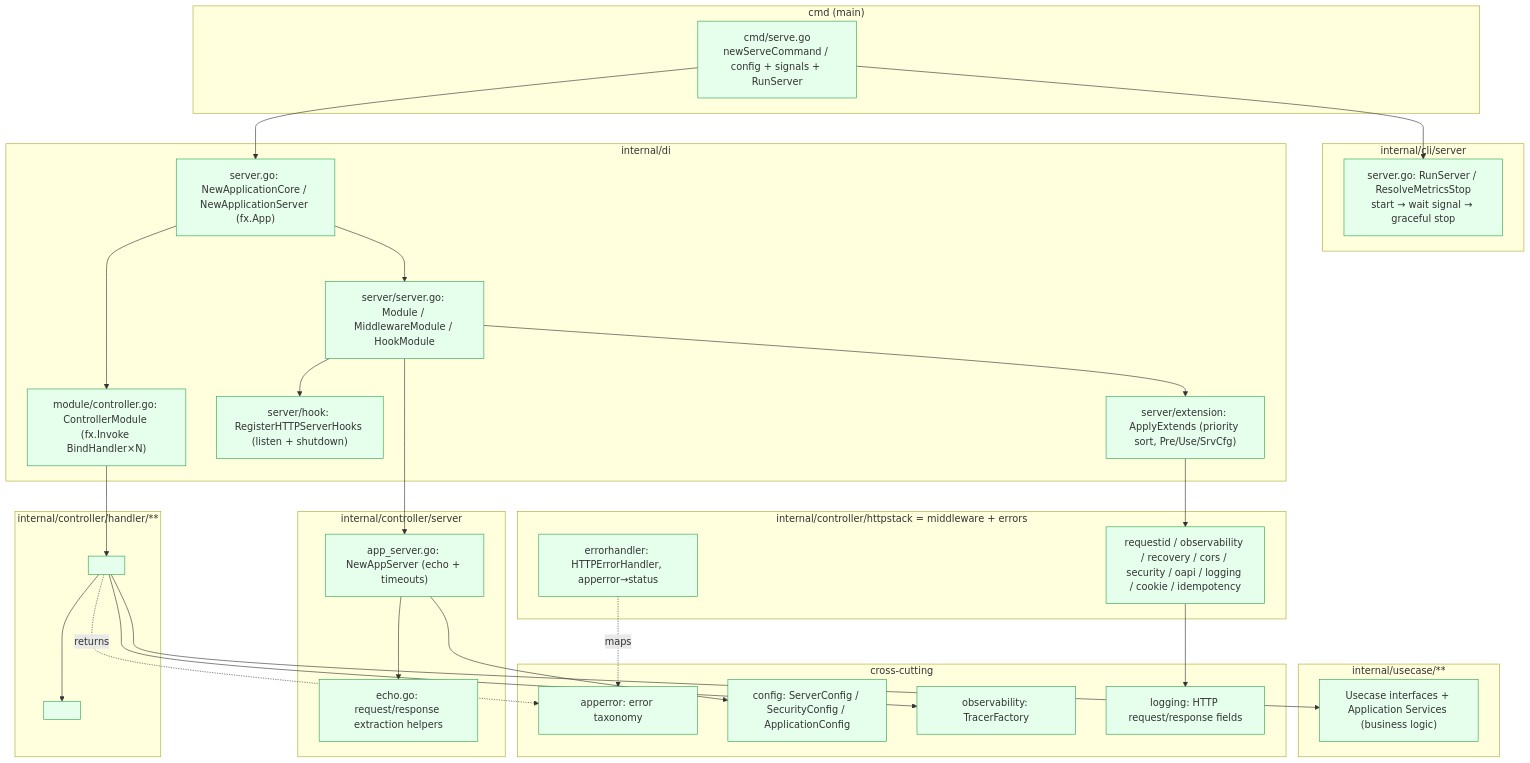
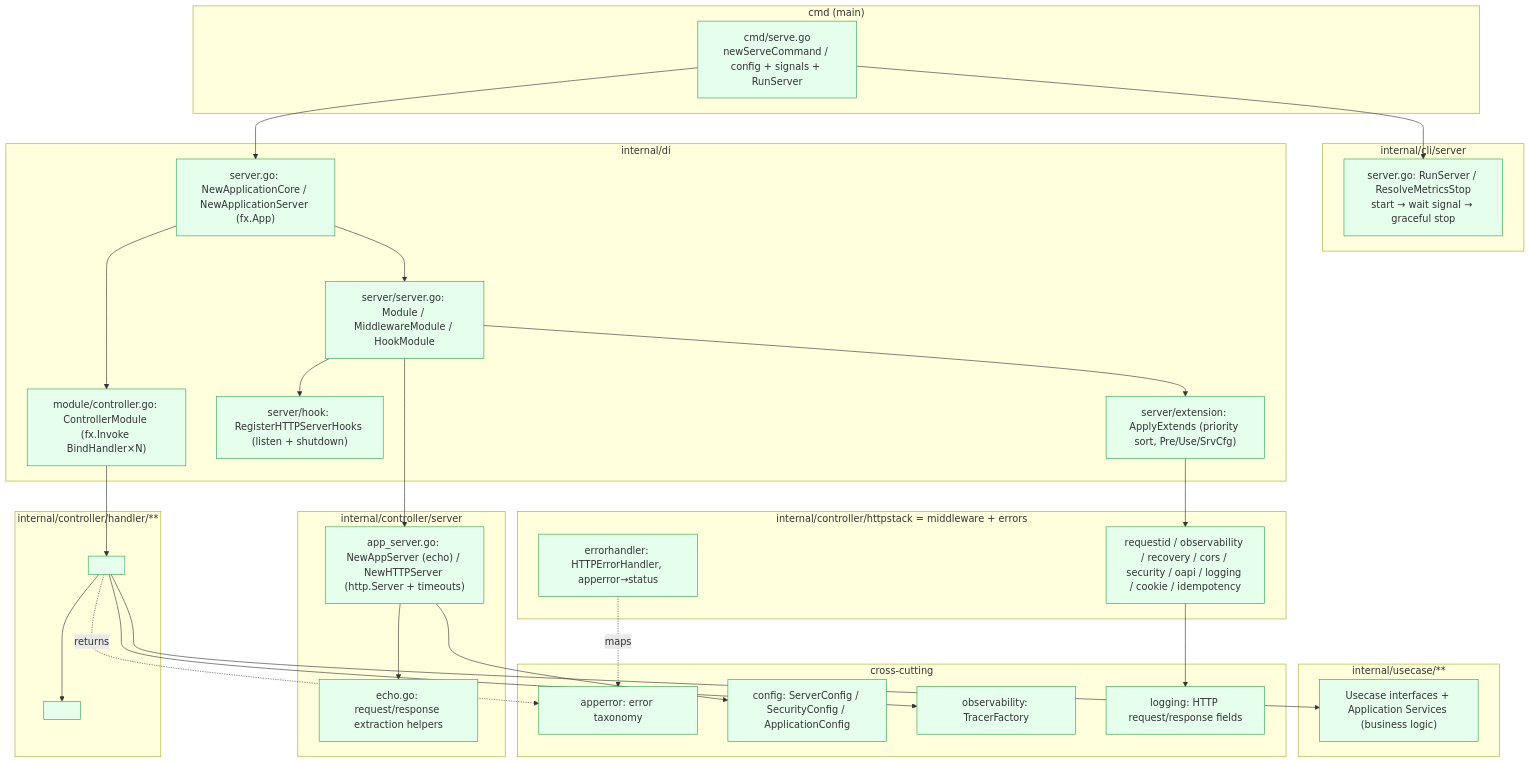
The fourth of 6 diagrams in docs/portal/guides/rest-design.md (Tomy-ch/go-boilerplate), drawn with Mermaid before and after one commit. The commit also changed other lines of this file and 1741 other files, not shown here.

````diff
--- a/docs/portal/guides/rest-design.md
+++ b/docs/portal/guides/rest-design.md
@@ -114,58 +114,58 @@
 ```mermaid
 flowchart TD
     subgraph cmdL["cmd (main)"]
         CMD["cmd/serve.go<br/>newServeCommand / config + signals + RunServer"]
     end
     subgraph cliL["internal/cli/server"]
         CLI["server.go: RunServer / ResolveMetricsStop<br/>start → wait signal → graceful stop"]
     end
     subgraph diL["internal/di"]
         DIA["server.go: NewApplicationCore / NewApplicationServer (fx.App)"]
         DISRV["server/server.go: Module / MiddlewareModule / HookModule"]
         DIEXT["server/extension: ApplyExtends (priority sort, Pre/Use/SrvCfg)"]
         DIHOOK["server/hook: RegisterHTTPServerHooks (listen + shutdown)"]
         DICTRL["module/controller.go: ControllerModule (fx.Invoke BindHandler×N)"]
     end
     subgraph srvL["internal/controller/server"]
-        APPSRV["app_server.go: NewAppServer (echo + timeouts)"]
+        APPSRV["app_server.go: NewAppServer (echo) / NewHTTPServer (http.Server + timeouts)"]
         ECHOH["echo.go: request/response extraction helpers"]
     end
     subgraph mwL["internal/controller/httpstack  = middleware + errors"]
         MW["requestid / observability / recovery / cors / security / oapi / logging / cookie / idempotency"]
         EH["errorhandler: HTTPErrorHandler, apperror→status"]
     end
     subgraph hdlL["internal/controller/handler/**"]
         HDL["<path>/*_handler.go: BindHandler + server{} + one method per operationId"]
         GEN["<path>/gen: server.gen.go (ServerInterface, RegisterHandlers, NewStrictHandler) + type.gen.go"]
     end
     subgraph ucL["internal/usecase/**"]
         UC["Usecase interfaces + Application Services (business logic)"]
     end
     subgraph crossL["cross-cutting"]
         APPERR["apperror: error taxonomy"]
         CFG["config: ServerConfig / SecurityConfig / ApplicationConfig"]
         OTEL["observability: TracerFactory"]
         LOG["logging: HTTP request/response fields"]
     end
 
     CMD --> CLI
     CMD --> DIA
     DIA --> DISRV
     DISRV --> DIEXT
     DISRV --> DIHOOK
     DISRV --> APPSRV
     DIA --> DICTRL
     DICTRL --> HDL
     HDL --> GEN
     HDL --> UC
     DIEXT --> MW
     APPSRV --> ECHOH
     EH -.maps.-> APPERR
     HDL -.returns.-> APPERR
     APPSRV --> CFG
     HDL --> OTEL
     MW --> LOG
 
     classDef done fill:#e6ffed,stroke:#2da44e;
     class CMD,CLI,DIA,DISRV,DIEXT,DIHOOK,DICTRL,APPSRV,ECHOH,MW,EH,HDL,GEN,UC,APPERR,CFG,OTEL,LOG done;
 ```
````
